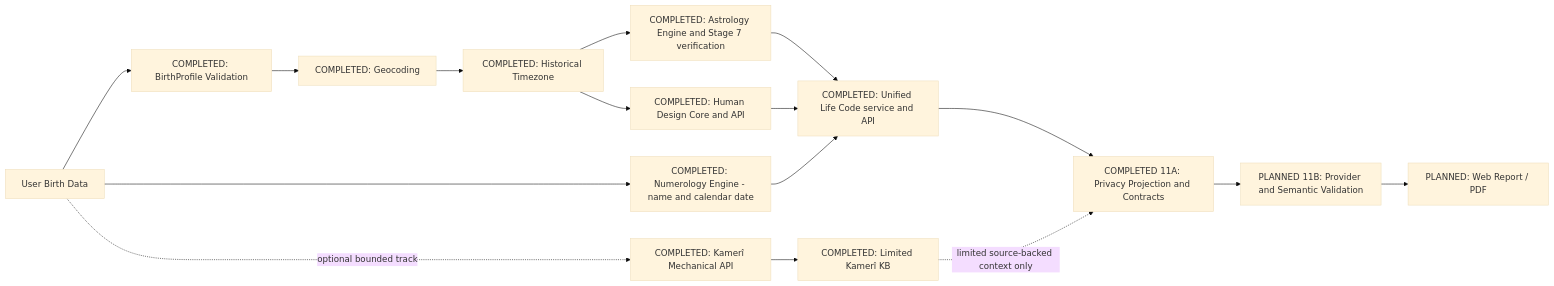
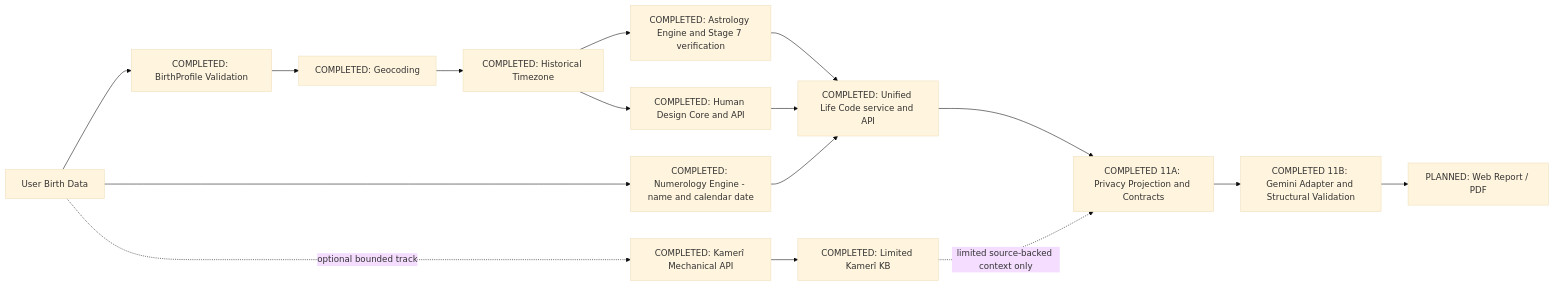
The diagram in docs/02_ARCHITECTURE.md (ismailbuzdan/yasam-kodu), drawn with Mermaid (base theme) before and after one commit. The commit also changed other lines of this file and 21 other files, not shown here.

Commit message:
feat: add Gemini interpretation provider

````diff
--- a/docs/02_ARCHITECTURE.md
+++ b/docs/02_ARCHITECTURE.md
@@ -13,18 +13,18 @@
 ```mermaid
 flowchart LR
   A[User Birth Data] --> B[COMPLETED: BirthProfile Validation]
   B --> C[COMPLETED: Geocoding]
   C --> D[COMPLETED: Historical Timezone]
   D --> E[COMPLETED: Astrology Engine and Stage 7 verification]
   A --> F[COMPLETED: Numerology Engine - name and calendar date]
   D --> G[COMPLETED: Human Design Core and API]
   E --> H[COMPLETED: Unified Life Code service and API]
   F --> H
   G --> H
   H --> P[COMPLETED 11A: Privacy Projection and Contracts]
-  P --> I[PLANNED 11B: Provider and Semantic Validation]
+  P --> I[COMPLETED 11B: Gemini Adapter and Structural Validation]
   I --> J[PLANNED: Web Report / PDF]
   A -. optional bounded track .-> K[COMPLETED: Kamerî Mechanical API]
   K --> L[COMPLETED: Limited Kamerî KB]
   L -. limited source-backed context only .-> P
 ```
````
